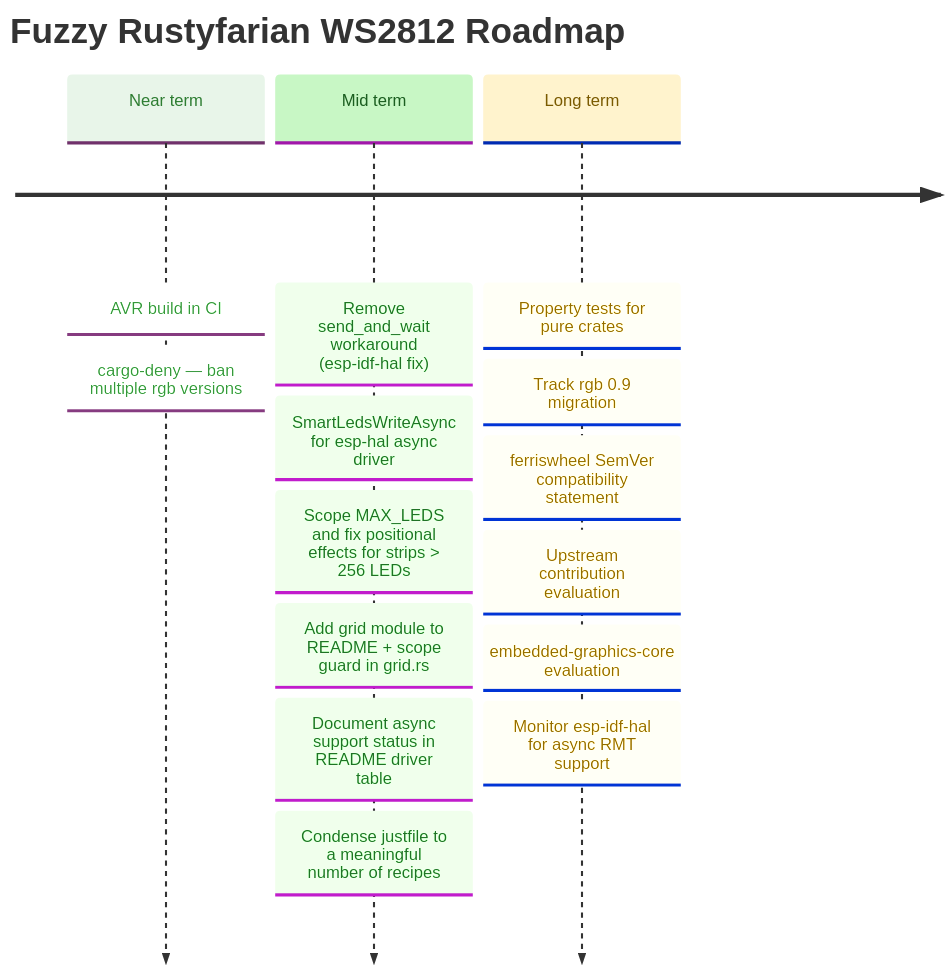
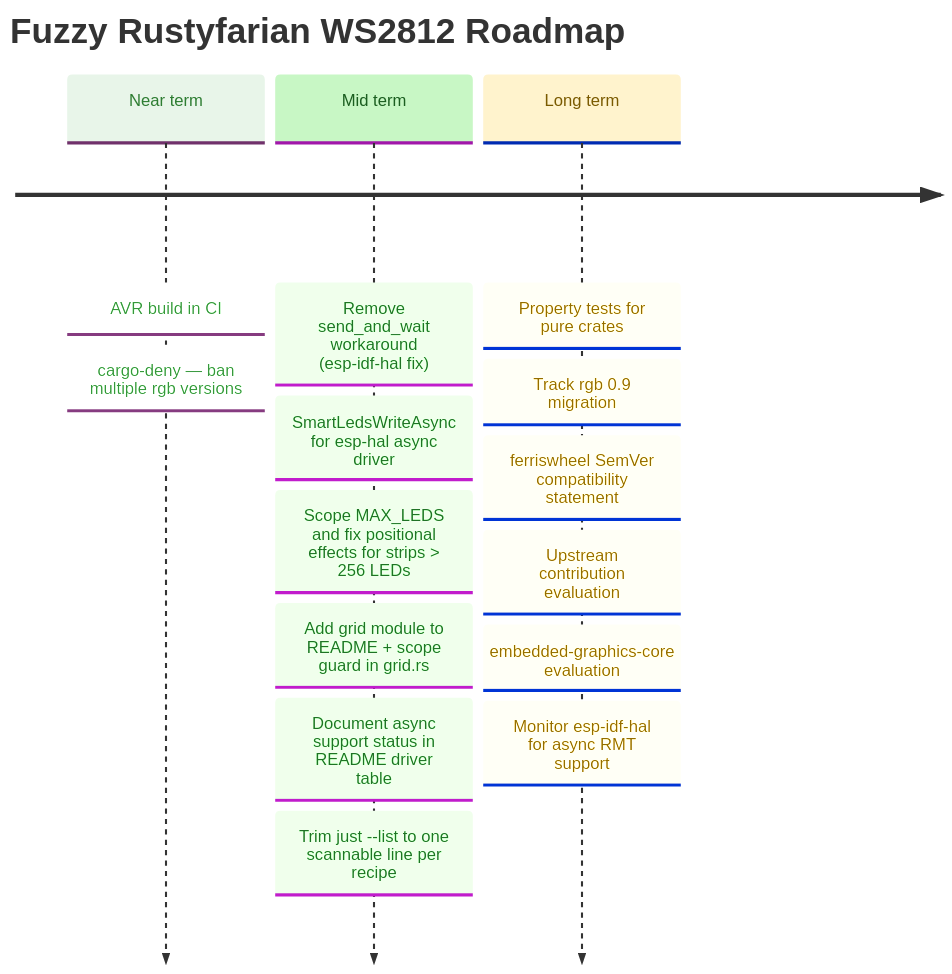
The diagram in docs/ROADMAP.md (datenkollektiv/rustyfarian-ws2812), drawn with Mermaid before and after one commit. The commit also changed other lines of this file and 1 other file, not shown here.

Commit message:
Trim recipe descriptions in justfile for better readability

````diff
--- a/docs/ROADMAP.md
+++ b/docs/ROADMAP.md
@@ -18,35 +18,35 @@
 ```mermaid
 %%{init: {
   "theme": "base",
   "themeVariables": {
     "cScale0": "#e8f5e9",
     "cScaleLabel0": "#2e7d32",
     "cScale1": "#c8f7c5",
     "cScaleLabel1": "#1b5e20",
     "cScale2": "#fff3cd",
     "cScaleLabel2": "#7a5a00",
     "cScale3": "#e3f2fd",
     "cScaleLabel3": "#0d47a1"
   }
 }}%%
 
 timeline
     title Fuzzy Rustyfarian WS2812 Roadmap
 
     Near term : AVR build in CI
               : cargo-deny — ban multiple rgb versions
 
     Mid term  : Remove send_and_wait workaround (esp-idf-hal fix)
               : SmartLedsWriteAsync for esp-hal async driver
               : Scope MAX_LEDS and fix positional effects for strips > 256 LEDs
               : Add grid module to README + scope guard in grid.rs
               : Document async support status in README driver table
-              : Condense justfile to a meaningful number of recipes
+              : Trim just --list to one scannable line per recipe
 
     Long term : Property tests for pure crates
               : Track rgb 0.9 migration
               : ferriswheel SemVer compatibility statement
               : Upstream contribution evaluation
               : embedded-graphics-core evaluation
               : Monitor esp-idf-hal for async RMT support
 ```
````
